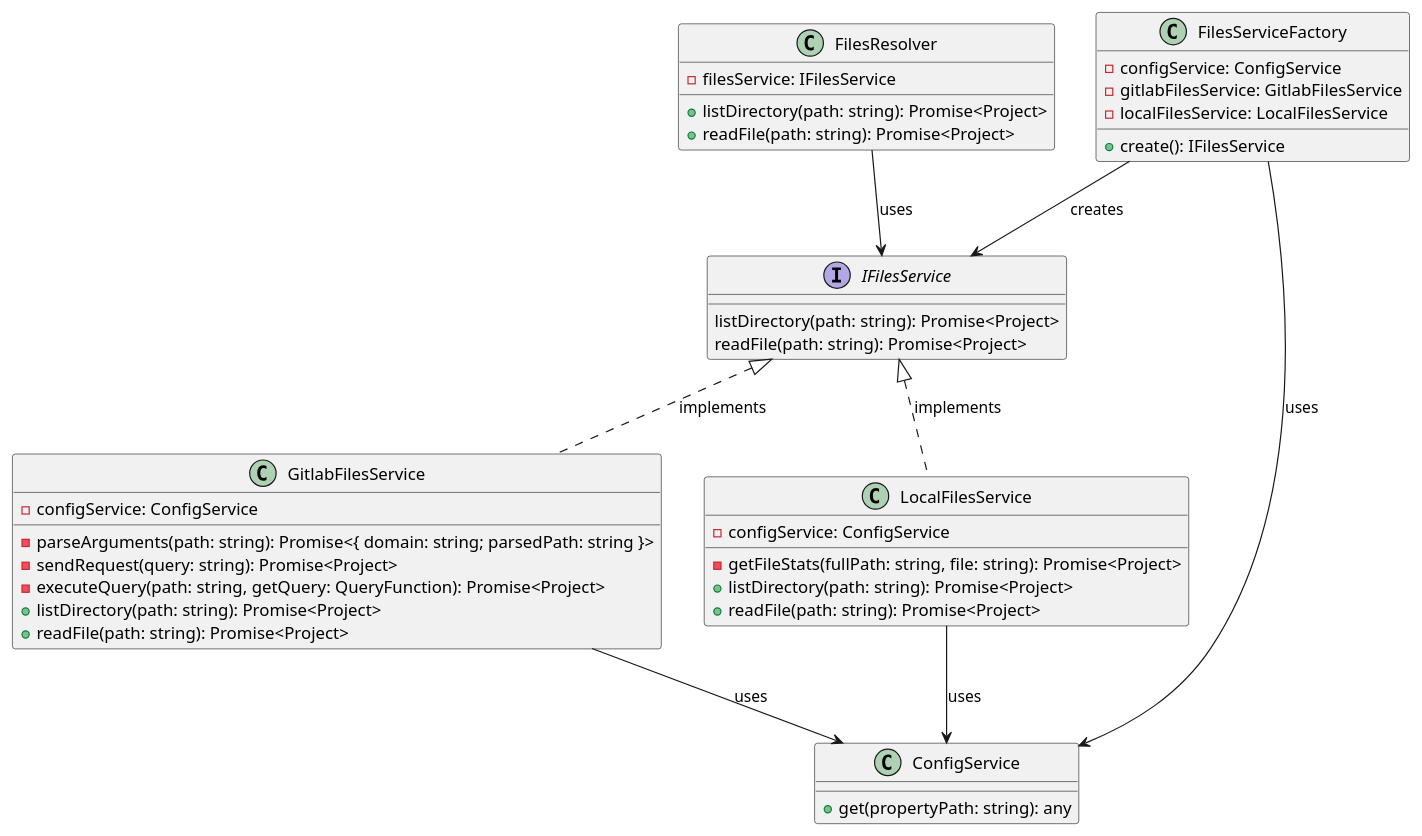
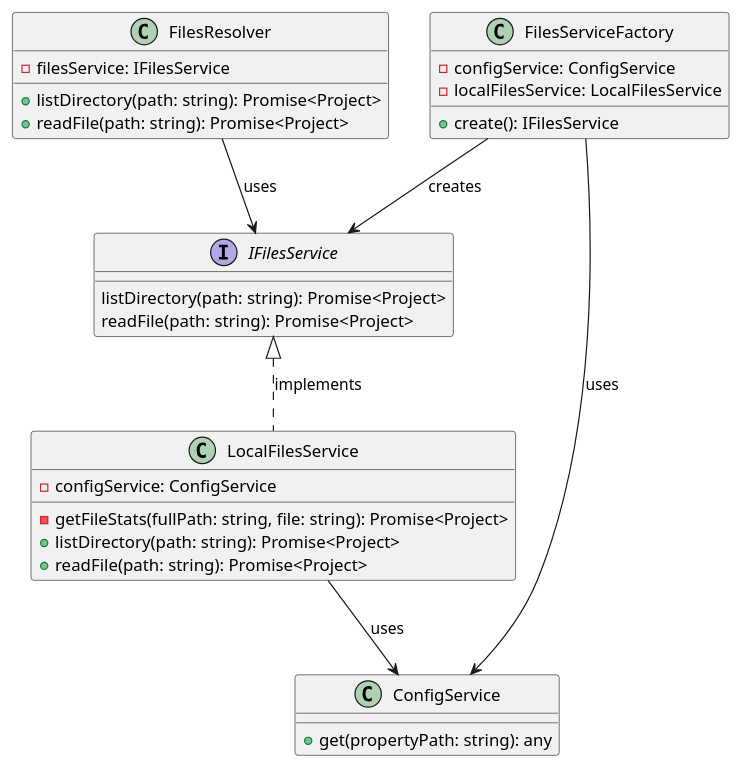
Before and after one commit to INTO-CPS-Association/DTaaS: the diagram in docs/developer/servers/lib/lib-class.puml, drawn with PlantUML. The commit also changed 4 other files, not shown here.

Commit message:
upgrades libms UML diagrams

```diff
--- a/docs/developer/servers/lib/lib-class.puml
+++ b/docs/developer/servers/lib/lib-class.puml
@@ -1,47 +1,36 @@
 @startuml
 class FilesResolver {
   -filesService: IFilesService
   +listDirectory(path: string): Promise<Project>
   +readFile(path: string): Promise<Project>
 }
 
 interface IFilesService {
   listDirectory(path: string): Promise<Project>
   readFile(path: string): Promise<Project>
 }
 
 class FilesServiceFactory {
   -configService: ConfigService
-  -gitlabFilesService: GitlabFilesService
   -localFilesService: LocalFilesService
   +create(): IFilesService
 }
 
-class GitlabFilesService {
-  -configService: ConfigService
-  -parseArguments(path: string): Promise<{ domain: string; parsedPath: string }>
-  -sendRequest(query: string): Promise<Project>
-  -executeQuery(path: string, getQuery: QueryFunction): Promise<Project>
-  +listDirectory(path: string): Promise<Project>
-  +readFile(path: string): Promise<Project>
-}
 
 class LocalFilesService {
   -configService: ConfigService
   -getFileStats(fullPath: string, file: string): Promise<Project>
   +listDirectory(path: string): Promise<Project>
   +readFile(path: string): Promise<Project>
 }
 
 class ConfigService {
   +get(propertyPath: string): any
 }
 
 FilesResolver --> IFilesService: uses
-IFilesService <|.. GitlabFilesService: implements
 IFilesService <|.. LocalFilesService: implements
 FilesServiceFactory --> IFilesService: creates
 FilesServiceFactory --> ConfigService: uses
-GitlabFilesService --> ConfigService: uses
 LocalFilesService --> ConfigService: uses
 @enduml
```
